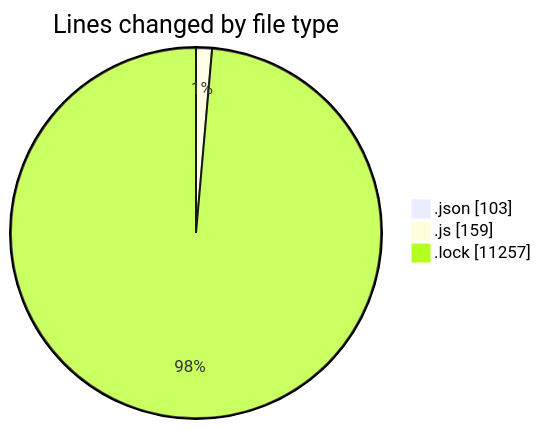
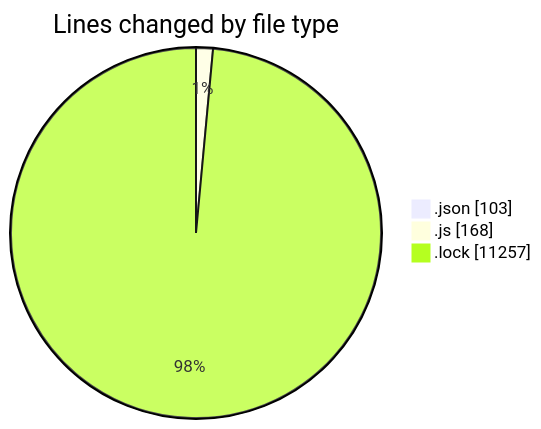
The first of 2 diagrams in 2026-01-06/cda/README.md (momahboobian/code-tracking), drawn with Mermaid before and after one commit. The commit also changed other lines of this file and 1 other file, not shown here.

````diff
--- a/2026-01-06/cda/README.md
+++ b/2026-01-06/cda/README.md
@@ -25,7 +25,7 @@
 ```mermaid
 pie showData
 title Lines changed by file type
 ".json" : 103
-".js" : 159
+".js" : 168
 ".lock" : 11257
 ```
````
